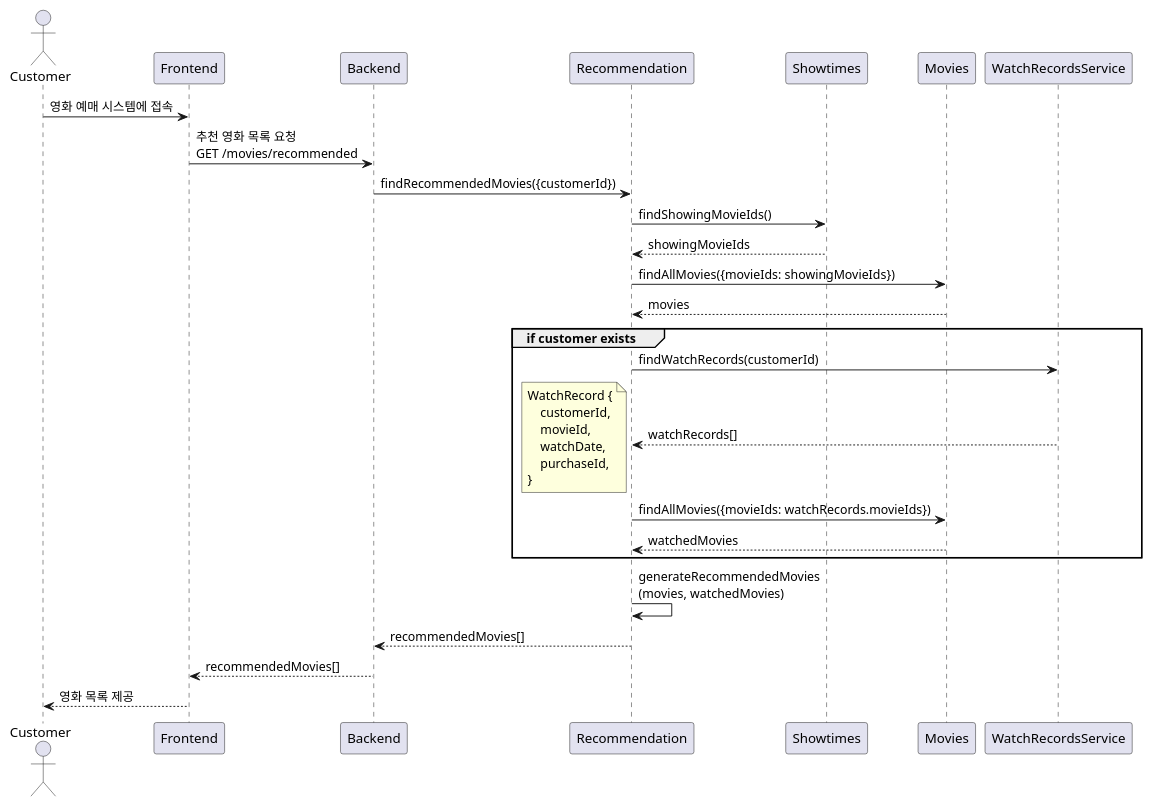
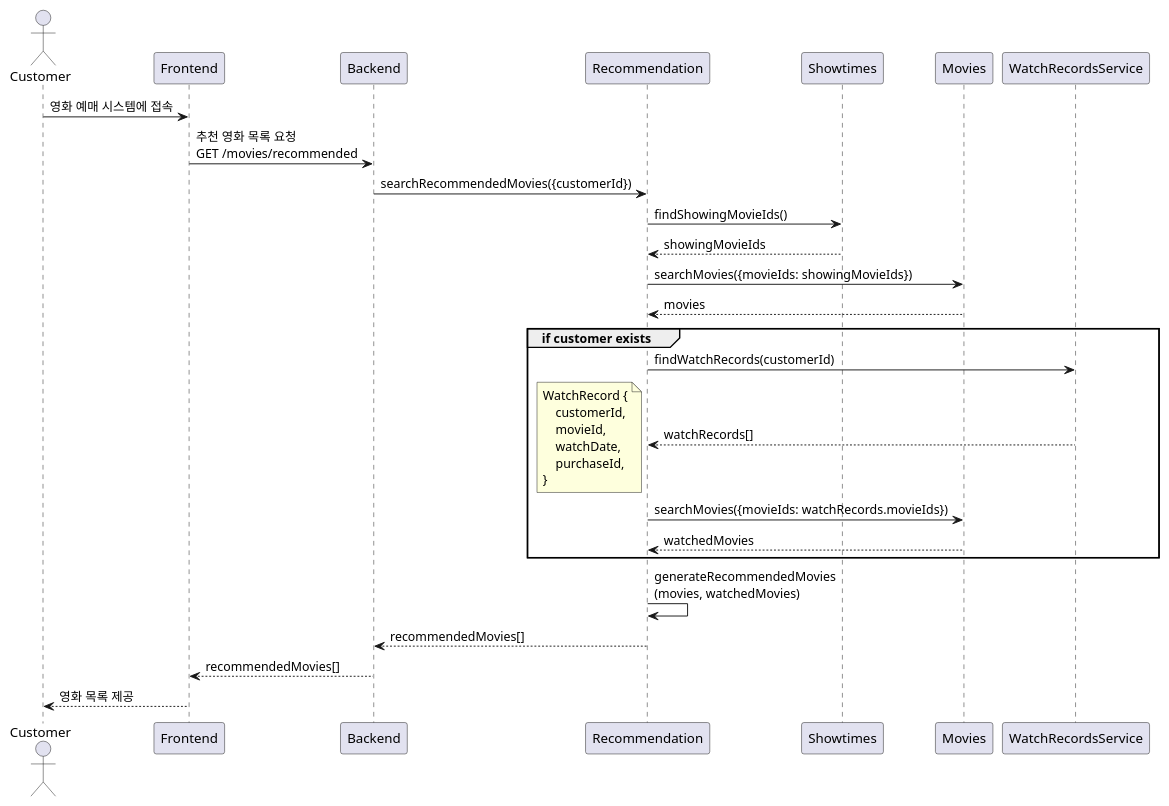
One commit to songminkyu/nest-msa changed the first of 4 diagrams in docs/ko/designs/tickets-purchase.md. Above: the diagram before and after it, drawn with PlantUML. The commit also changed other lines of this file and 41 other files, not shown here.

````diff
--- a/docs/ko/designs/tickets-purchase.md
+++ b/docs/ko/designs/tickets-purchase.md
@@ -60,31 +60,31 @@
 ```plantuml
 @startuml
 actor Customer
 
 Customer -> Frontend: 영화 예매 시스템에 접속
 Frontend -> Backend: 추천 영화 목록 요청\nGET /movies/recommended
-Backend -> Recommendation: findRecommendedMovies({customerId})
+Backend -> Recommendation: searchRecommendedMovies({customerId})
 Recommendation -> Showtimes: findShowingMovieIds()
 Showtimes --> Recommendation: showingMovieIds
-Recommendation -> Movies: findAllMovies({movieIds: showingMovieIds})
+Recommendation -> Movies: searchMovies({movieIds: showingMovieIds})
 Movies --> Recommendation: movies
 group if customer exists
     Recommendation -> WatchRecordsService: findWatchRecords(customerId)
     Recommendation <-- WatchRecordsService: watchRecords[]
     note left
     WatchRecord {
         customerId,
         movieId,
         watchDate,
         purchaseId,
     }
     end note
-    Recommendation -> Movies: findAllMovies({movieIds: watchRecords.movieIds})
+    Recommendation -> Movies: searchMovies({movieIds: watchRecords.movieIds})
     Recommendation <-- Movies: watchedMovies
 end
 Recommendation -> Recommendation: generateRecommendedMovies\n(movies, watchedMovies)
 Backend <-- Recommendation: recommendedMovies[]
 Frontend <-- Backend: recommendedMovies[]
 Customer <-- Frontend: 영화 목록 제공
 @enduml
 ```
````
